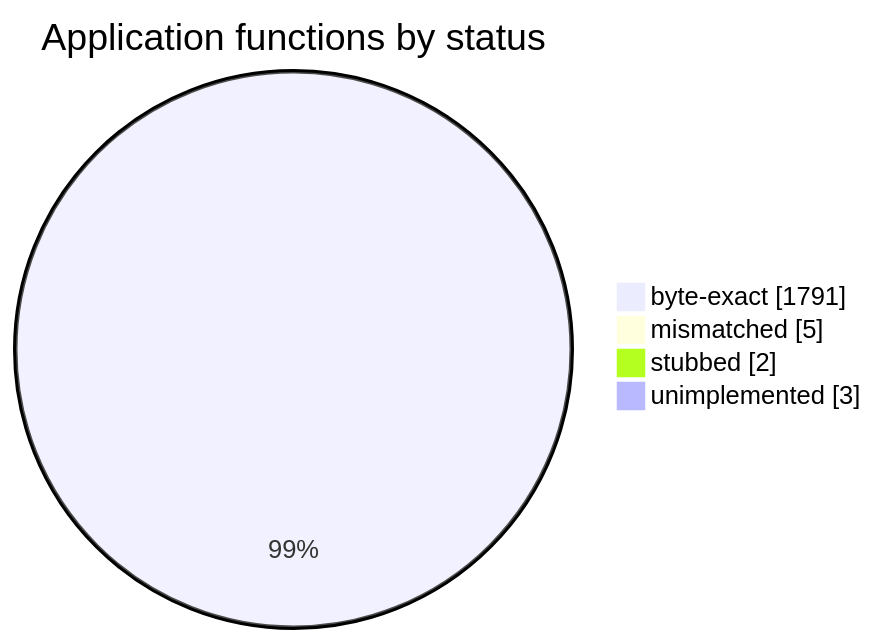
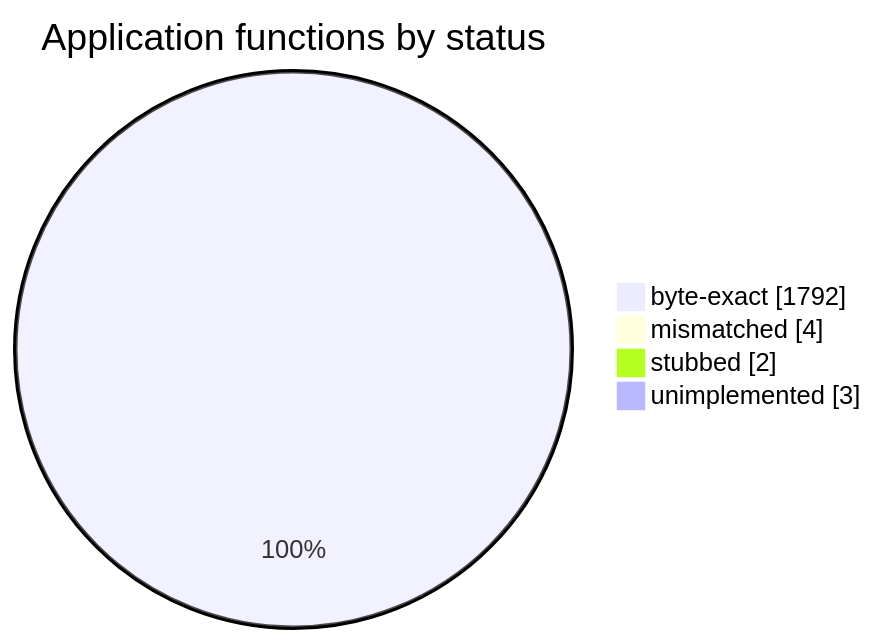
The diagram in README.md (sorokya/eos), drawn with Mermaid before and after one commit. The commit also changed other lines of this file and 2 other files, not shown here.

Commit message:
EO_Decode_Deinterleave byte-exact: read-once-then-pop front(), missing post-loop drain; sheet 1791->1792, +870 bytes

````diff
--- a/README.md
+++ b/README.md
@@ -154,8 +154,8 @@
 ```mermaid
 pie showData
     title Application functions by status
-    "byte-exact" : 1791
-    "mismatched" : 5
+    "byte-exact" : 1792
+    "mismatched" : 4
     "stubbed" : 2
     "unimplemented" : 3
 ```
````
